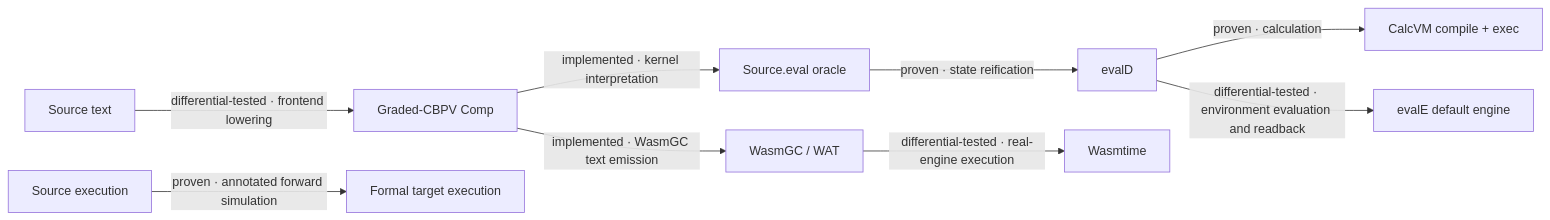
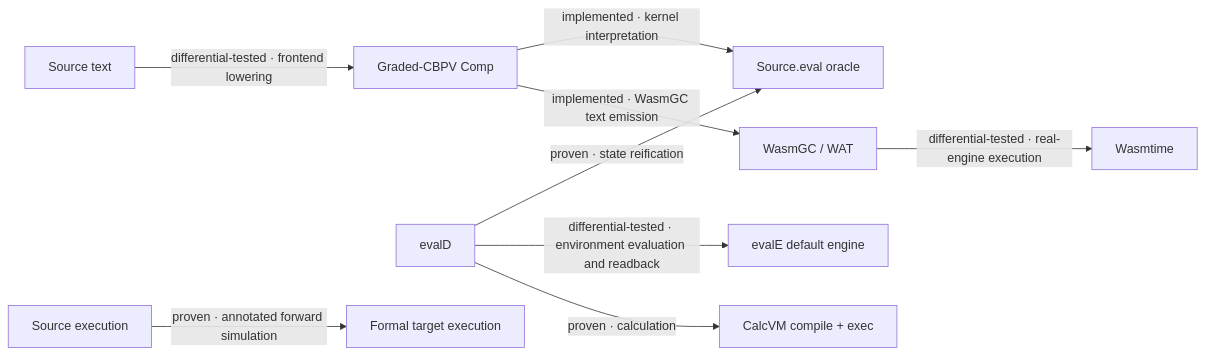
One commit to phibkro/bang changed the first of 3 diagrams in docs/architecture/core-overview.md. Above: the diagram before and after it, drawn with Mermaid. The commit also changed other lines of this file and 21 other files, not shown here.

````diff
--- a/docs/architecture/core-overview.md
+++ b/docs/architecture/core-overview.md
@@ -16,21 +16,21 @@
 ```mermaid
 flowchart LR
   n_calcvm["CalcVM compile + exec"]
   n_comp["Graded-CBPV Comp"]
   n_emitted_wat["WasmGC / WAT"]
   n_env_engine["evalE default engine"]
   n_evald["evalD"]
   n_source_eval["Source.eval oracle"]
   n_source_execution["Source execution"]
   n_source_text["Source text"]
   n_target_execution["Formal target execution"]
   n_wasmtime["Wasmtime"]
   n_comp -->|implemented · WasmGC text emission| n_emitted_wat
   n_comp -->|implemented · kernel interpretation| n_source_eval
   n_emitted_wat -->|differential-tested · real-engine execution| n_wasmtime
   n_evald -->|proven · calculation| n_calcvm
   n_evald -->|differential-tested · environment evaluation and readback| n_env_engine
-  n_source_eval -->|proven · state reification| n_evald
+  n_evald -->|proven · state reification| n_source_eval
   n_source_execution -->|proven · annotated forward simulation| n_target_execution
   n_source_text -->|differential-tested · frontend lowering| n_comp
 ```
````
